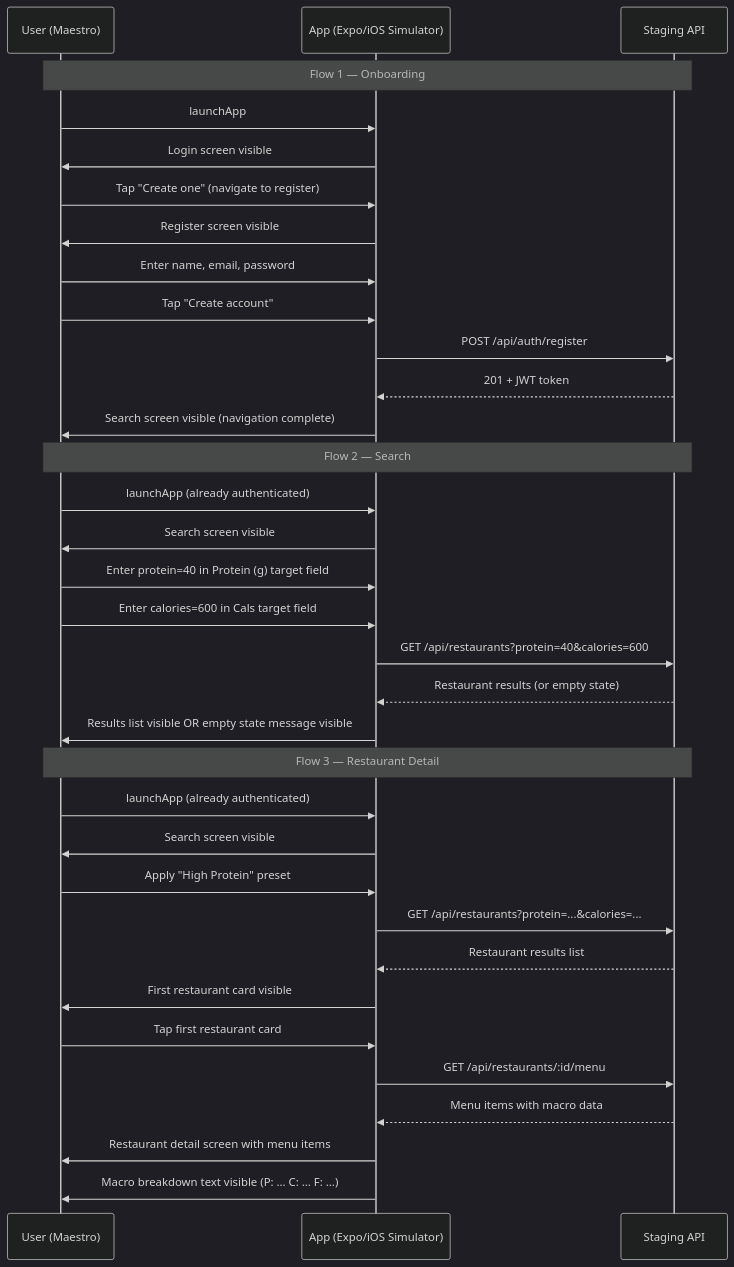
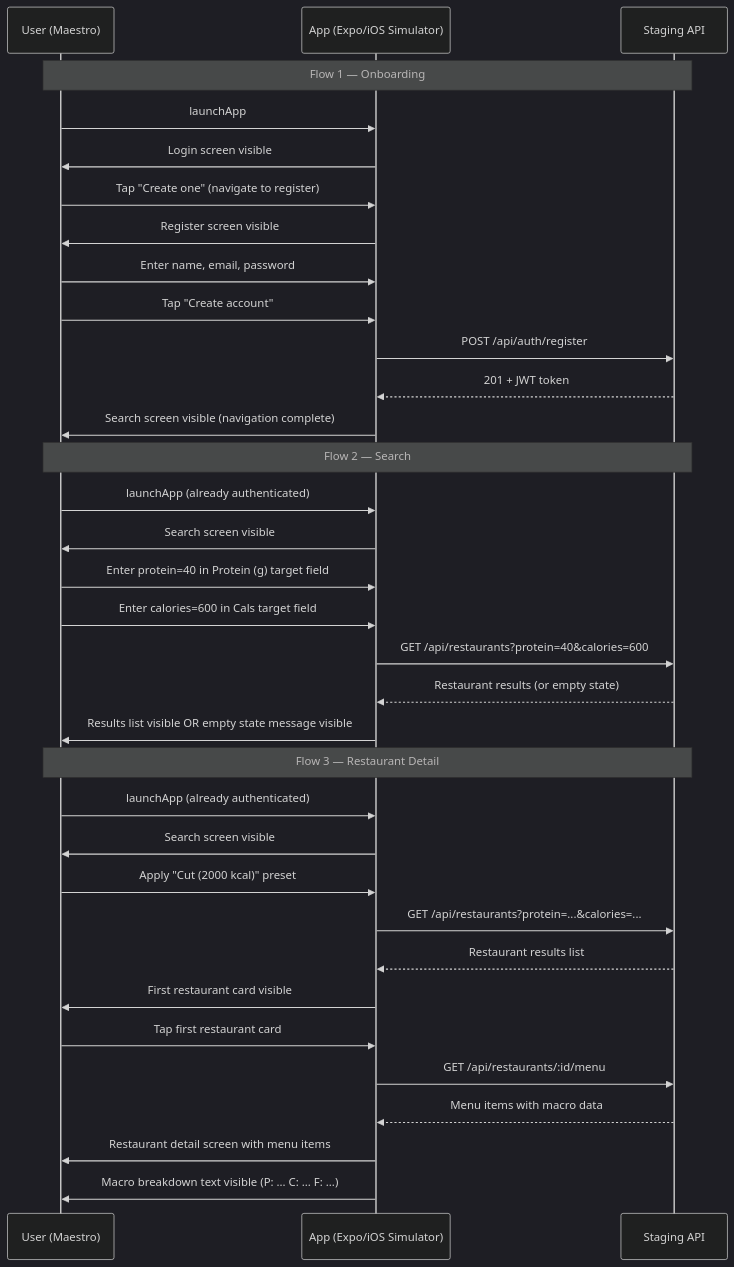
The diagram in docs/engineering/frontend/s-25-e2e-flows.md (dgmolla/fitsy), drawn with Mermaid (dark theme) before and after one commit. The commit also changed other lines of this file and 1 other file, not shown here.

Commit message:
S-25: Fix preset label — use 'Cut (2000 kcal)' not non-existent 'High Protein'
Reviewer caught that 'High Protein' preset doesn't exist in macroPresets.ts.
The three available presets are Cut (2000 kcal), Bulk (3000 kcal), and
Maintain (2500 kcal). Updated restaurant-detail.yaml and spec doc to use
'Cut (2000 kcal)' which produces consistent low-calorie, higher-protein targets.

````diff
--- a/docs/engineering/frontend/s-25-e2e-flows.md
+++ b/docs/engineering/frontend/s-25-e2e-flows.md
@@ -19,39 +19,39 @@
 ```mermaid
 sequenceDiagram
     participant U as User (Maestro)
     participant A as App (Expo/iOS Simulator)
     participant S as Staging API
 
     note over U,S: Flow 1 — Onboarding
     U->>A: launchApp
     A->>U: Login screen visible
     U->>A: Tap "Create one" (navigate to register)
     A->>U: Register screen visible
     U->>A: Enter name, email, password
     U->>A: Tap "Create account"
     A->>S: POST /api/auth/register
     S-->>A: 201 + JWT token
     A->>U: Search screen visible (navigation complete)
 
     note over U,S: Flow 2 — Search
     U->>A: launchApp (already authenticated)
     A->>U: Search screen visible
     U->>A: Enter protein=40 in Protein (g) target field
     U->>A: Enter calories=600 in Cals target field
     A->>S: GET /api/restaurants?protein=40&calories=600
     S-->>A: Restaurant results (or empty state)
     A->>U: Results list visible OR empty state message visible
 
     note over U,S: Flow 3 — Restaurant Detail
     U->>A: launchApp (already authenticated)
     A->>U: Search screen visible
-    U->>A: Apply "High Protein" preset
+    U->>A: Apply "Cut (2000 kcal)" preset
     A->>S: GET /api/restaurants?protein=...&calories=...
     S-->>A: Restaurant results list
     A->>U: First restaurant card visible
     U->>A: Tap first restaurant card
     A->>S: GET /api/restaurants/:id/menu
     S-->>A: Menu items with macro data
     A->>U: Restaurant detail screen with menu items
     A->>U: Macro breakdown text visible (P: ... C: ... F: ...)
 ```
````
